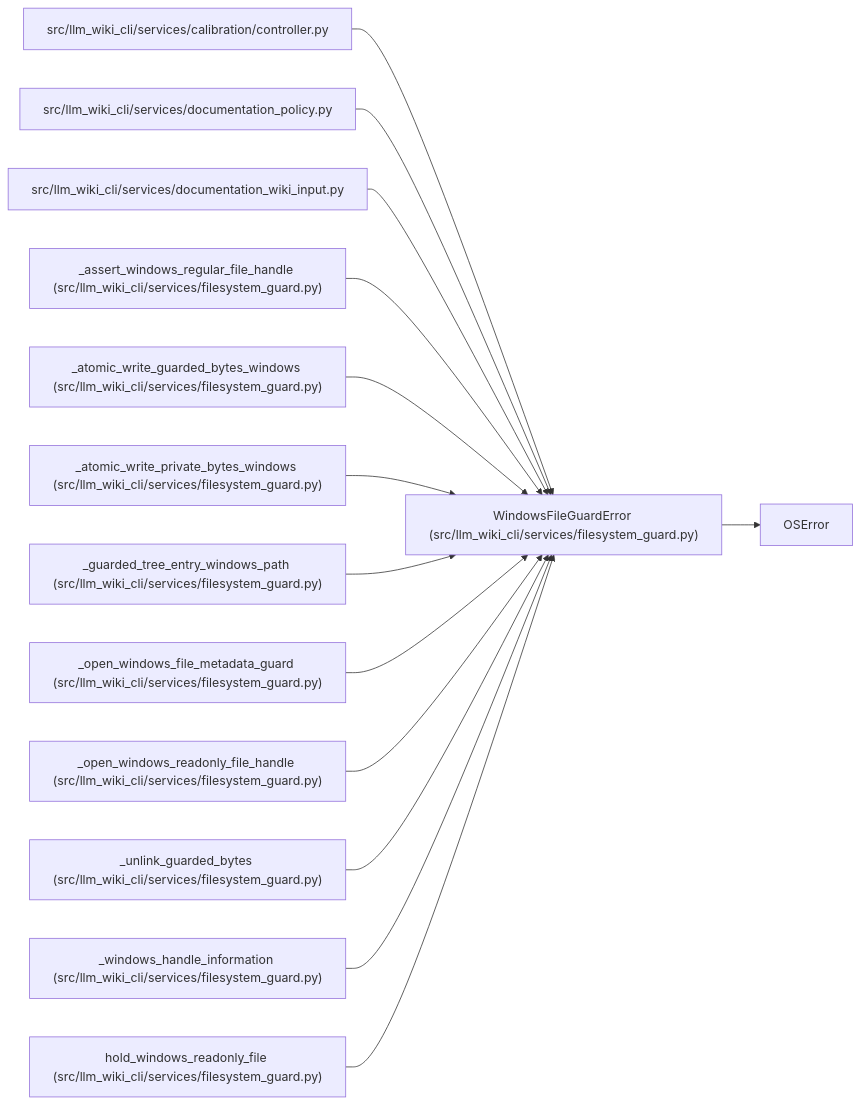
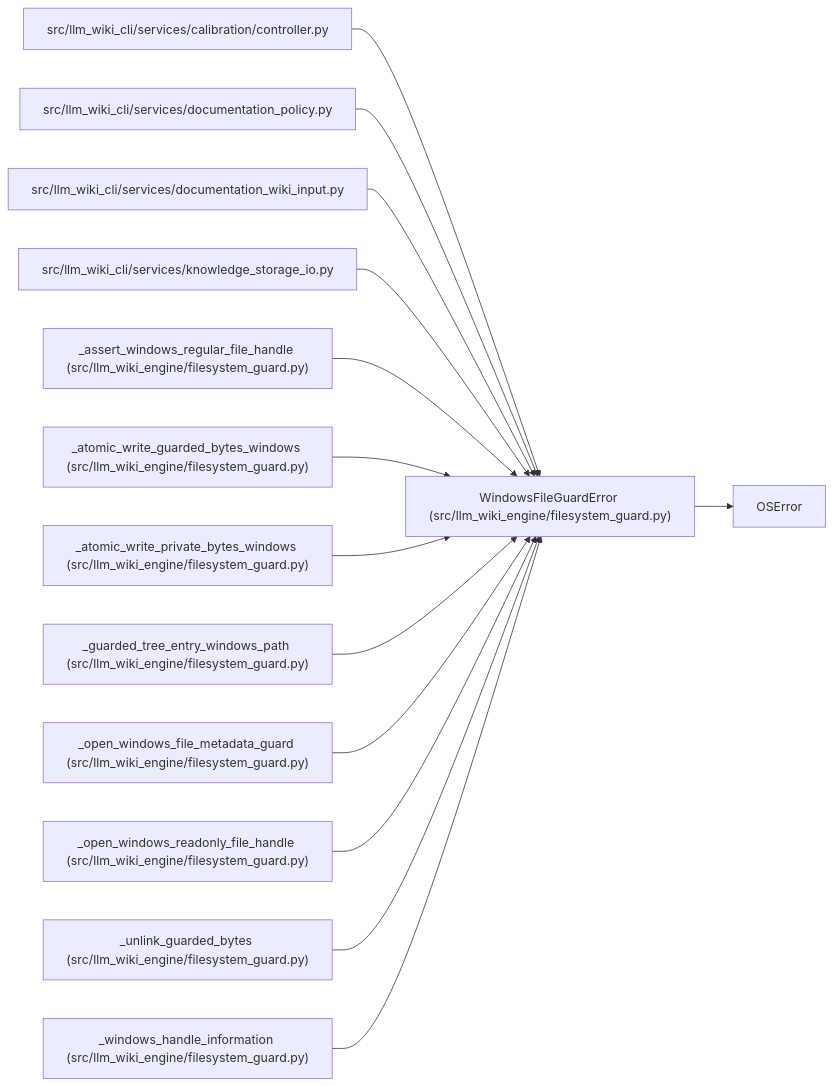
The diagram in docs/llm_wiki/entities/WindowsFileGuardError.md (Denissvgn/python-wiki-llm), drawn with Mermaid before and after one commit. The commit also changed other lines of this file and 739 other files, not shown here.

First line of the commit message:
docs: refresh the wiki for the second engine batch

````diff
--- a/docs/llm_wiki/entities/WindowsFileGuardError.md
+++ b/docs/llm_wiki/entities/WindowsFileGuardError.md
@@ -23,43 +23,43 @@
 ```mermaid
 flowchart LR
-    n0["WindowsFileGuardError (src/llm_wiki_cli/services/filesystem_guard.py)"]
+    n0["WindowsFileGuardError (src/llm_wiki_engine/filesystem_guard.py)"]
     n1["OSError"]
     n2["src/llm_wiki_cli/services/calibration/controller.py"]
     n3["src/llm_wiki_cli/services/documentation_policy.py"]
     n4["src/llm_wiki_cli/services/documentation_wiki_input.py"]
-    n5["_assert_windows_regular_file_handle (src/llm_wiki_cli/services/filesystem_guard.py)"]
-    n6["_atomic_write_guarded_bytes_windows (src/llm_wiki_cli/services/filesystem_guard.py)"]
-    n7["_atomic_write_private_bytes_windows (src/llm_wiki_cli/services/filesystem_guard.py)"]
-    n8["_guarded_tree_entry_windows_path (src/llm_wiki_cli/services/filesystem_guard.py)"]
-    n9["_open_windows_file_metadata_guard (src/llm_wiki_cli/services/filesystem_guard.py)"]
-    n10["_open_windows_readonly_file_handle (src/llm_wiki_cli/services/filesystem_guard.py)"]
-    n11["_unlink_guarded_bytes (src/llm_wiki_cli/services/filesystem_guard.py)"]
-    n12["_windows_handle_information (src/llm_wiki_cli/services/filesystem_guard.py)"]
-    n13["hold_windows_readonly_file (src/llm_wiki_cli/services/filesystem_guard.py)"]
+    n5["src/llm_wiki_cli/services/knowledge_storage_io.py"]
+    n6["_assert_windows_regular_file_handle (src/llm_wiki_engine/filesystem_guard.py)"]
+    n7["_atomic_write_guarded_bytes_windows (src/llm_wiki_engine/filesystem_guard.py)"]
+    n8["_atomic_write_private_bytes_windows (src/llm_wiki_engine/filesystem_guard.py)"]
+    n9["_guarded_tree_entry_windows_path (src/llm_wiki_engine/filesystem_guard.py)"]
+    n10["_open_windows_file_metadata_guard (src/llm_wiki_engine/filesystem_guard.py)"]
+    n11["_open_windows_readonly_file_handle (src/llm_wiki_engine/filesystem_guard.py)"]
+    n12["_unlink_guarded_bytes (src/llm_wiki_engine/filesystem_guard.py)"]
+    n13["_windows_handle_information (src/llm_wiki_engine/filesystem_guard.py)"]
     n0 --> n1
     n2 --> n0
     n3 --> n0
     n4 --> n0
     n5 --> n0
     n6 --> n0
     n7 --> n0
     n8 --> n0
     n9 --> n0
     n10 --> n0
     n11 --> n0
     n12 --> n0
     n13 --> n0
     click n0 "../modules/filesystem_guard.md"
     click n2 "../modules/controller.md"
     click n3 "../modules/documentation_policy.md"
     click n4 "../modules/documentation_wiki_input.md"
-    click n5 "../modules/filesystem_guard.md"
+    click n5 "../modules/knowledge_storage_io.md"
     click n6 "../modules/filesystem_guard.md"
     click n7 "../modules/filesystem_guard.md"
     click n8 "../modules/filesystem_guard.md"
     click n9 "../modules/filesystem_guard.md"
     click n10 "../modules/filesystem_guard.md"
     click n11 "../modules/filesystem_guard.md"
     click n12 "../modules/filesystem_guard.md"
     click n13 "../modules/filesystem_guard.md"
 ```
````
